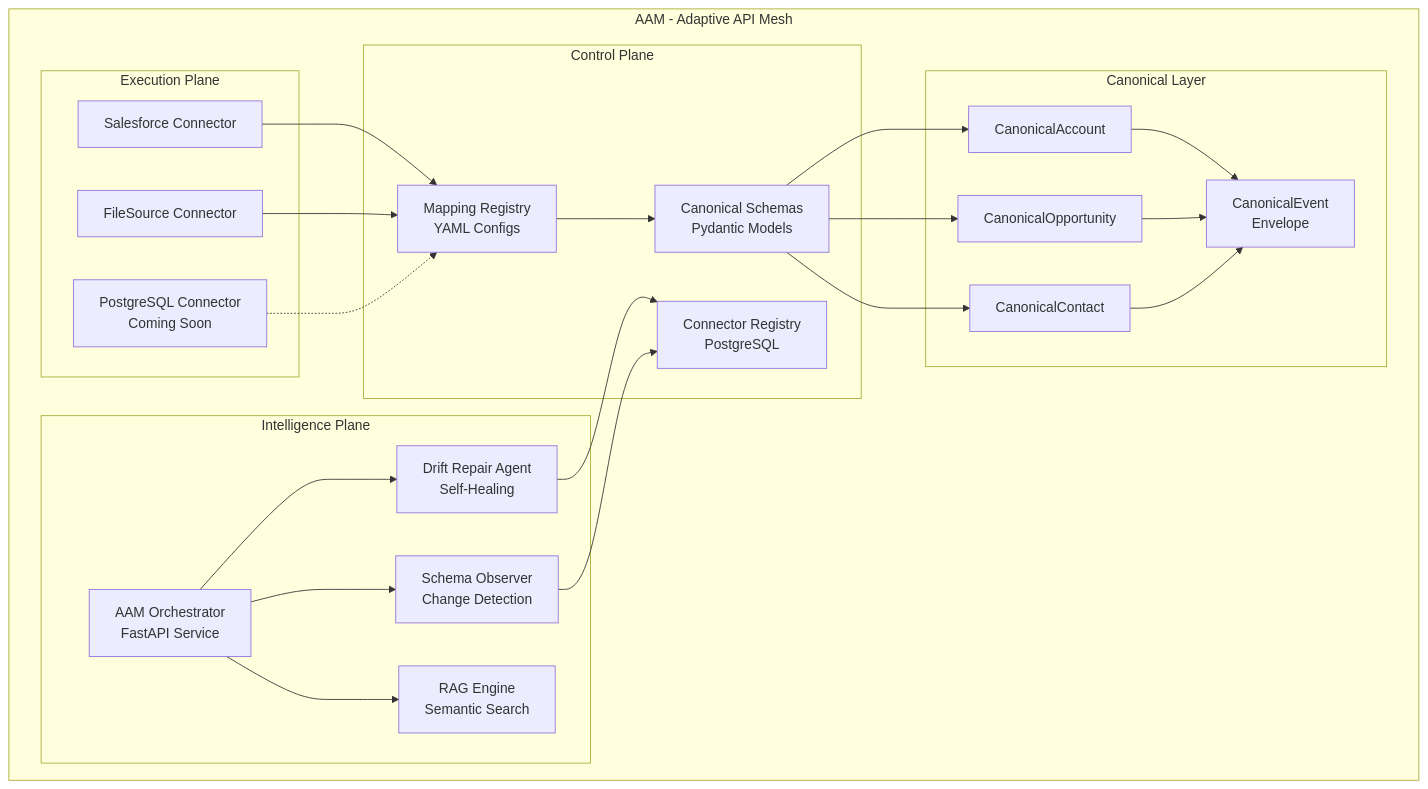
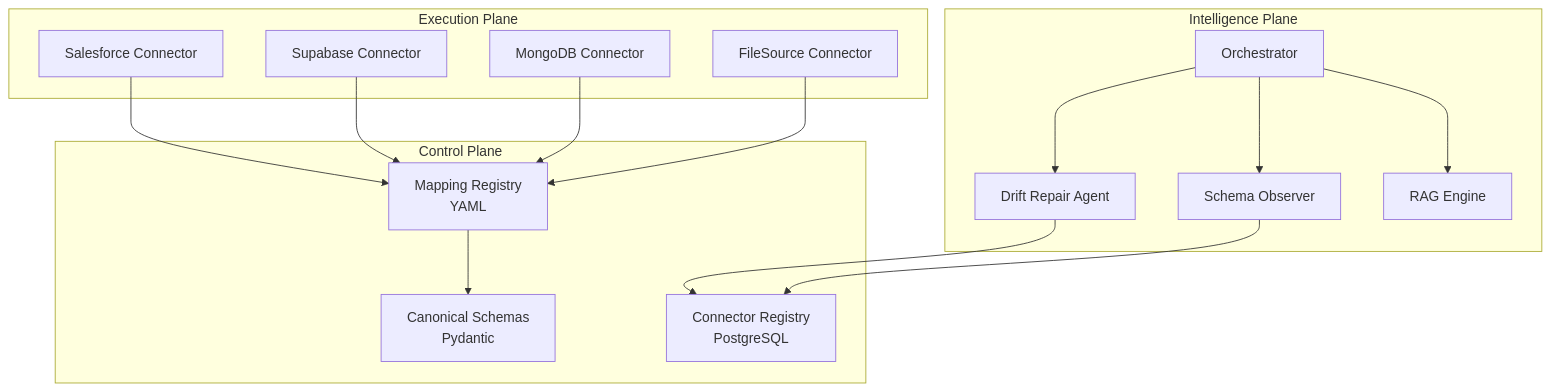
Before and after one commit to ilyacantor/autonomos-platform: the fourth of 8 diagrams in ARCHITECTURE.md, drawn with Mermaid. The commit also changed other lines of this file and 1 other file, not shown here.

First line of the commit message:
Update architecture documentation with new system overview and details

````diff
--- a/ARCHITECTURE.md
+++ b/ARCHITECTURE.md
@@ -142,51 +165,27 @@
 ```mermaid
 graph TB
-    subgraph "AAM - Adaptive API Mesh"
-        subgraph "Intelligence Plane"
-            ORCH[AAM Orchestrator<br/>FastAPI Service]
-            DRIFT[Drift Repair Agent<br/>Self-Healing]
-            SCHEMA_OBS[Schema Observer<br/>Change Detection]
-            RAG_ENG[RAG Engine<br/>Semantic Search]
-        end
-
-        subgraph "Execution Plane"
-            CONN_SF[Salesforce Connector]
-            CONN_FS[FileSource Connector]
-            CONN_PG[PostgreSQL Connector<br/>Coming Soon]
-        end
-
-        subgraph "Control Plane"
-            MAP_REG[Mapping Registry<br/>YAML Configs]
-            CANON_SCH[Canonical Schemas<br/>Pydantic Models]
-            CONN_REG[Connector Registry<br/>PostgreSQL]
-        end
-
-        subgraph "Canonical Layer"
-            CANON_ACC[CanonicalAccount]
-            CANON_OPP[CanonicalOpportunity]
-            CANON_CON[CanonicalContact]
-            CANON_EVT[CanonicalEvent<br/>Envelope]
-        end
+    subgraph "Intelligence Plane"
+        ORCH[Orchestrator]
+        DRIFT[Drift Repair Agent]
+        SCHEMA[Schema Observer]
+        RAG[RAG Engine]
     end
 
-    CONN_SF --> MAP_REG
-    CONN_FS --> MAP_REG
-    CONN_PG -.-> MAP_REG
+    subgraph "Execution Plane"
+        SF_CONN[Salesforce Connector]
+        SB_CONN[Supabase Connector]
+        MG_CONN[MongoDB Connector]
+        FS_CONN[FileSource Connector]
+    end
 
+    subgraph "Control Plane"
+        MAP_REG[Mapping Registry<br/>YAML]
+        CANON_SCH[Canonical Schemas<br/>Pydantic]
+        CONN_REG[Connector Registry<br/>PostgreSQL]
+    end
+
+    SF_CONN & SB_CONN & MG_CONN & FS_CONN --> MAP_REG
     MAP_REG --> CANON_SCH
-    CANON_SCH --> CANON_ACC
-    CANON_SCH --> CANON_OPP
-    CANON_SCH --> CANON_CON
-
-    CANON_ACC --> CANON_EVT
-    CANON_OPP --> CANON_EVT
-    CANON_CON --> CANON_EVT
-
-    ORCH --> DRIFT
-    ORCH --> SCHEMA_OBS
-    ORCH --> RAG_ENG
-
-    DRIFT --> CONN_REG
-    SCHEMA_OBS --> CONN_REG
-
+    ORCH --> DRIFT & SCHEMA & RAG
+    DRIFT & SCHEMA --> CONN_REG
 ```
````
